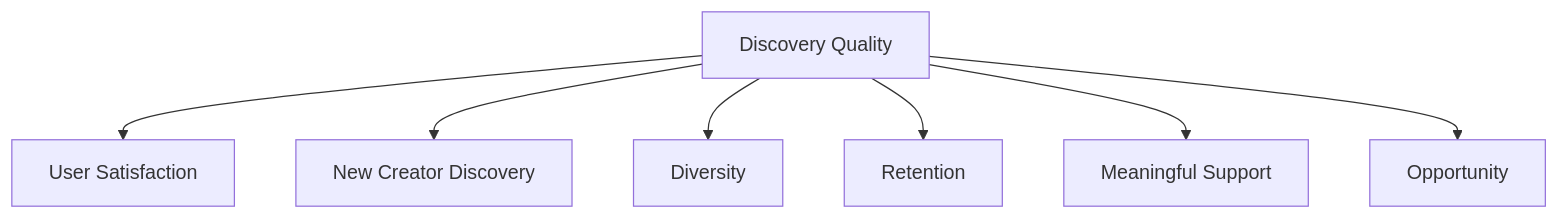
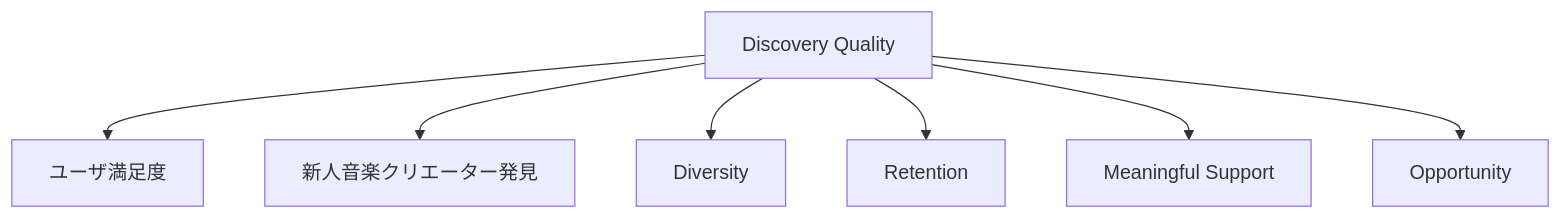
One commit to ShigeichiroYamasaki/creator-first-platform changed diagram 30 of 35 in docs/whitepaper/08-discovery-community.md. Above: the diagram before and after it, drawn with Mermaid. The commit also changed other lines of this file and 67 other files, not shown here.

````diff
--- a/docs/whitepaper/08-discovery-community.md
+++ b/docs/whitepaper/08-discovery-community.md
@@ -1047,11 +1047,11 @@
 ```mermaid
 flowchart TD
     QUALITY[Discovery Quality]
 
-    QUALITY --> SAT[User Satisfaction]
-    QUALITY --> NEW[New Creator Discovery]
+    QUALITY --> SAT[ユーザ満足度]
+    QUALITY --> NEW[新人音楽クリエーター発見]
     QUALITY --> DIV[Diversity]
     QUALITY --> RET[Retention]
     QUALITY --> SUPPORT[Meaningful Support]
     QUALITY --> FAIR[Opportunity]
 ```
````
